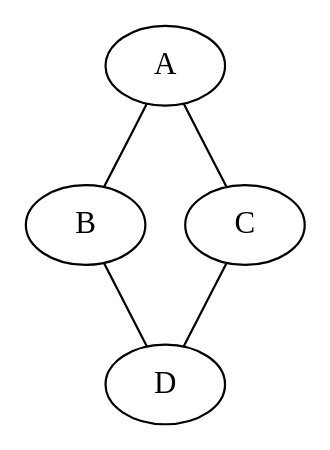
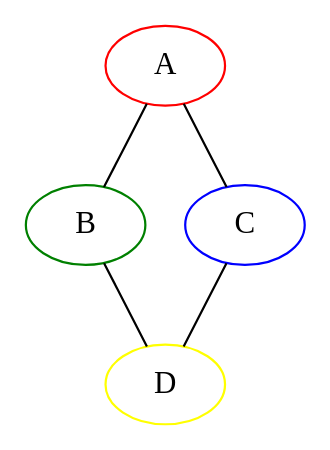
Diagram 18 of 24 in 21_graphs.qmd (DhruvDh/itsc-2214-readings), drawn with Graphviz before and after one commit. The commit also changed other lines of this file and 18 other files, not shown here.

Commit message:
improved graphs chapter

````diff
--- a/21_graphs.qmd
+++ b/21_graphs.qmd
@@ -273,10 +320,15 @@
 ```{dot}
 //| label: fig-adjacency-list-graph
-//| fig-cap: See adjacency list for this example @lst-adjacency-list-example
+//| fig-cap: An undirected graph depicted as an example for the adjacency list. Each vertex (A in red, B in green, C in blue, D in yellow) is linked to its neighboring vertices. In the adjacency list representation, each of these vertices points to their respective neighbors.
 graph G {
+  A [color=red];
+  B [color=green];
+  C [color=blue];
+  D [color=yellow];
+
   A -- B;
   A -- C;
   B -- D;
   C -- D;
 }
 ```
````
